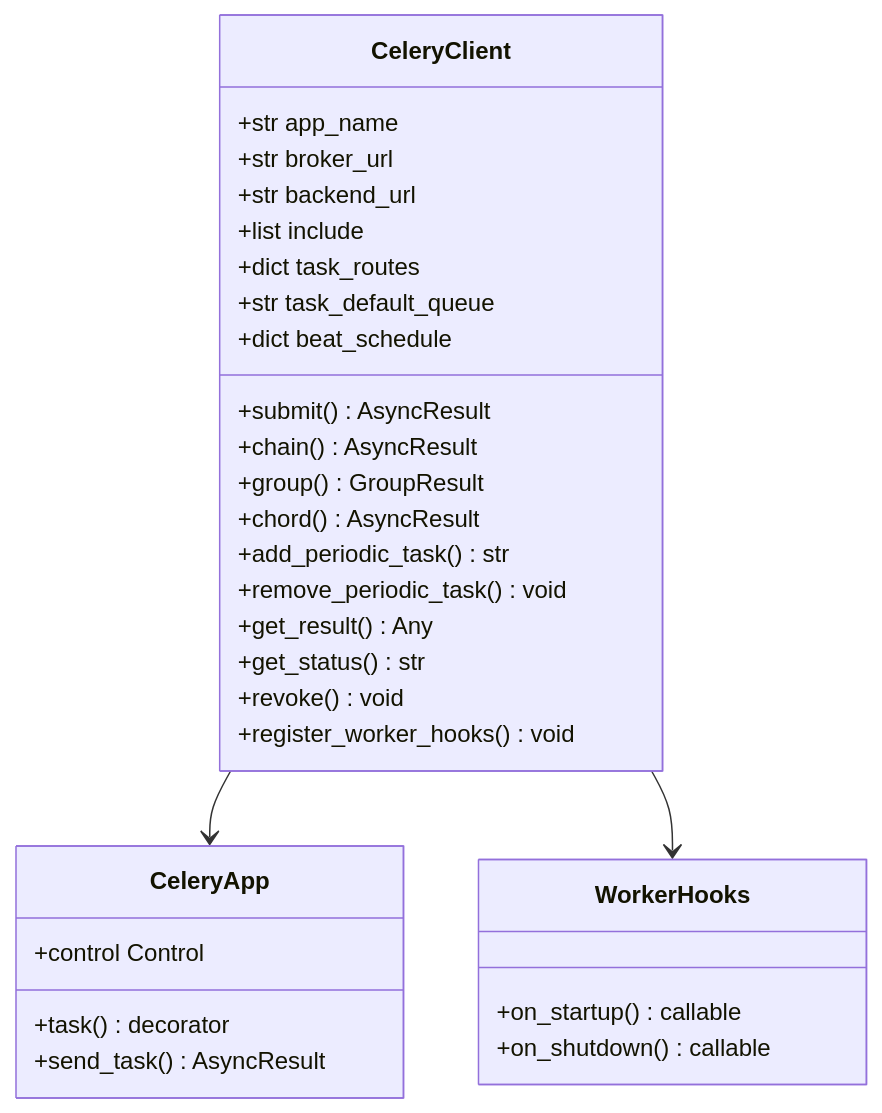
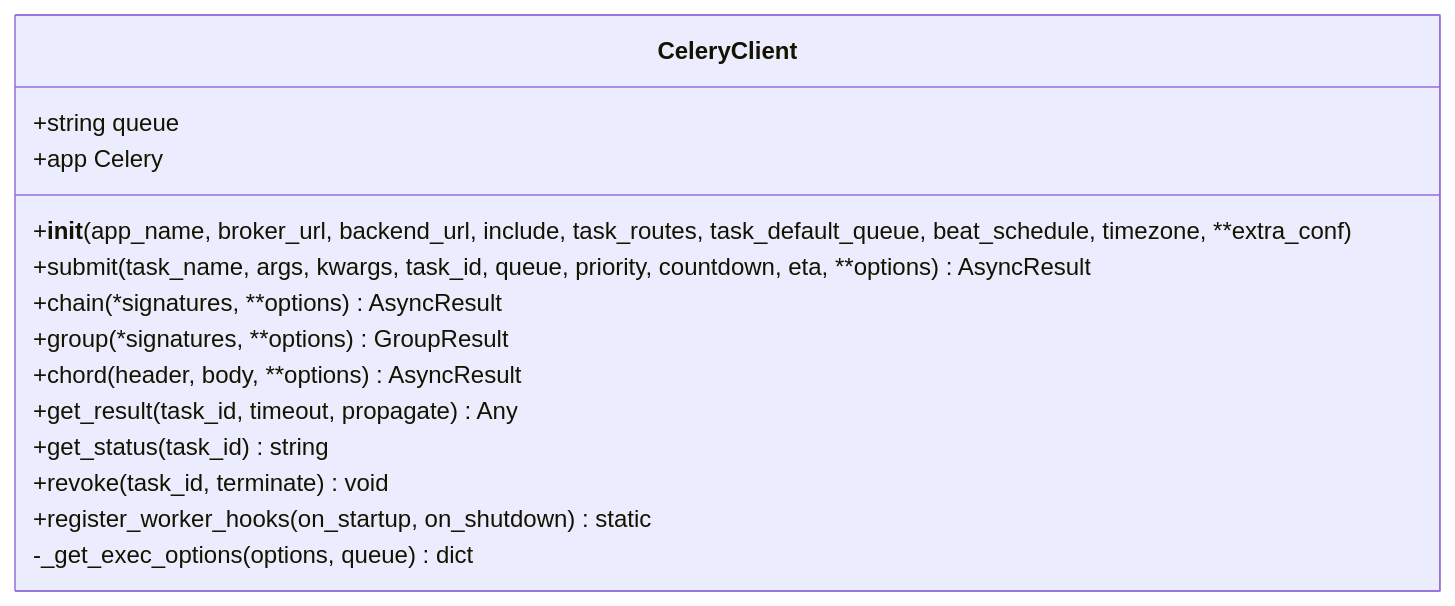
One commit to lilinzezzzzzz/fastapi-backend changed the third of 7 diagrams in .qoder/repowiki/zh/content/任务调度系统/任务调度系统.md. Above: the diagram before and after it, drawn with Mermaid. The commit also changed other lines of this file and 104 other files, not shown here.

````diff
--- a/.qoder/repowiki/zh/content/任务调度系统/任务调度系统.md
+++ b/.qoder/repowiki/zh/content/任务调度系统/任务调度系统.md
@@ -98,33 +153,17 @@
 ```mermaid
 classDiagram
 class CeleryClient {
-+str app_name
-+str broker_url
-+str backend_url
-+list include
-+dict task_routes
-+str task_default_queue
-+dict beat_schedule
-+submit() AsyncResult
-+chain() AsyncResult
-+group() GroupResult
-+chord() AsyncResult
-+add_periodic_task() str
-+remove_periodic_task() void
-+get_result() Any
-+get_status() str
-+revoke() void
-+register_worker_hooks() void
++string queue
++app Celery
++__init__(app_name, broker_url, backend_url, include, task_routes, task_default_queue, beat_schedule, timezone, **extra_conf)
++submit(task_name, args, kwargs, task_id, queue, priority, countdown, eta, **options) AsyncResult
++chain(*signatures, **options) AsyncResult
++group(*signatures, **options) GroupResult
++chord(header, body, **options) AsyncResult
++get_result(task_id, timeout, propagate) Any
++get_status(task_id) string
++revoke(task_id, terminate) void
++register_worker_hooks(on_startup, on_shutdown) static
+-_get_exec_options(options, queue) dict
 }
-class CeleryApp {
-+task() decorator
-+send_task() AsyncResult
-+control Control
-}
-class WorkerHooks {
-+on_startup() callable
-+on_shutdown() callable
-}
-CeleryClient --> CeleryApp
-CeleryClient --> WorkerHooks
 ```
````
